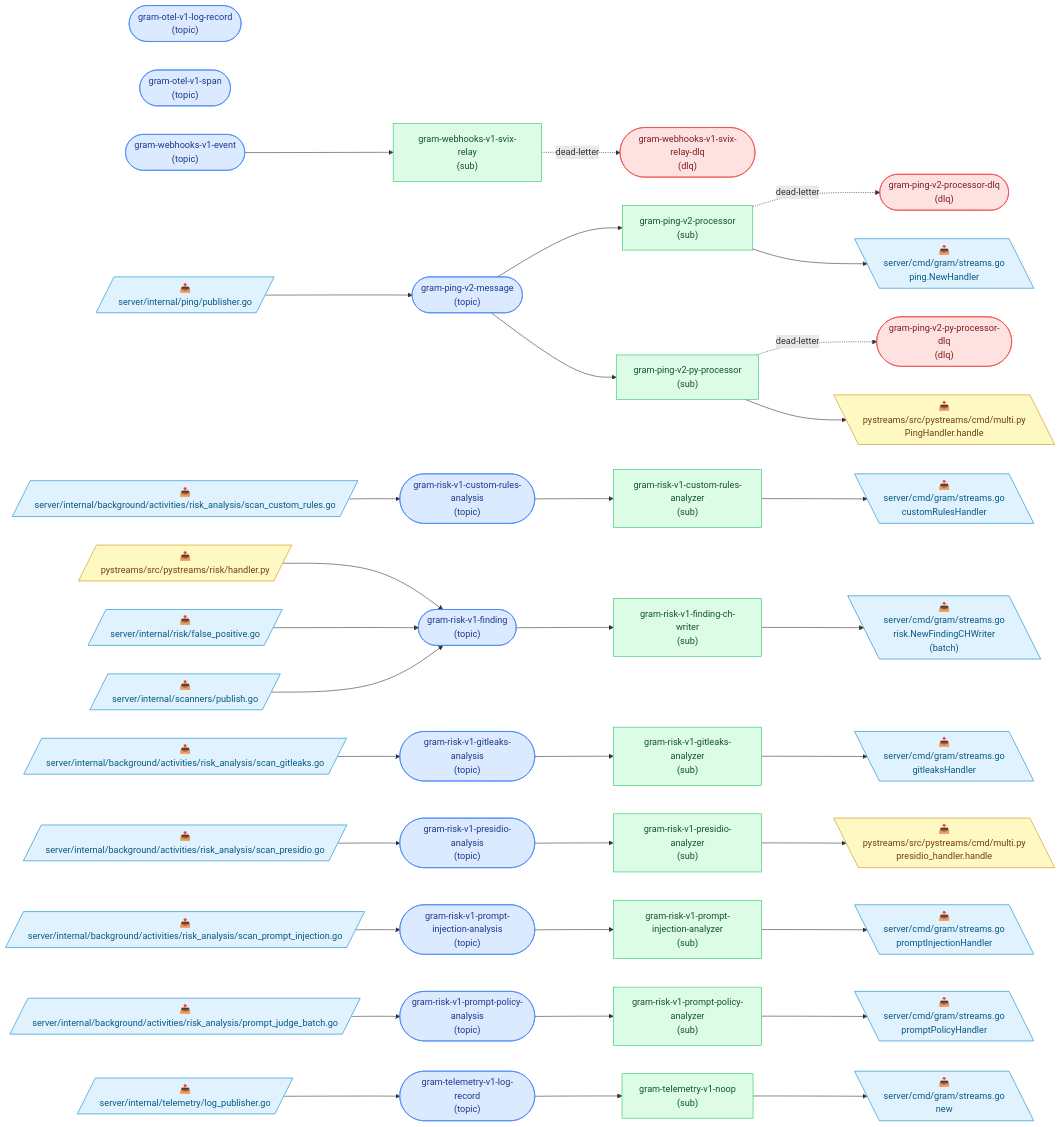
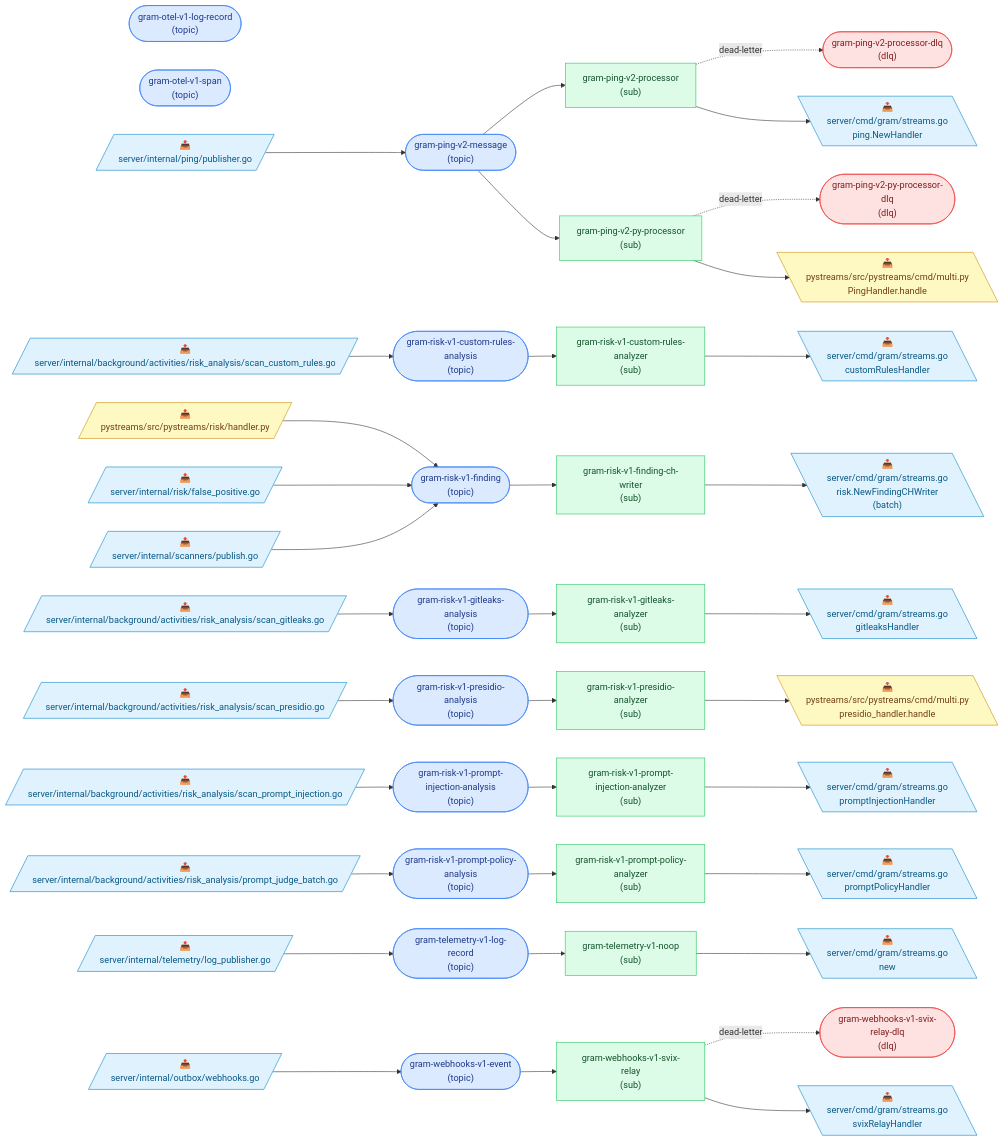
The diagram in docs/pubsub-topology.md (speakeasy-api/gram), drawn with Mermaid before and after one commit. The commit also changed other lines of this file, not shown here.

Commit message:
chore: regenerate pubsub topology after rebase
The topic and subscription shipped ahead of the code that uses them, so the
diagram recorded both as having no publisher and no consumer. Regenerating now
that the producer and the relay handler exist on this branch.

````diff
--- a/docs/pubsub-topology.md
+++ b/docs/pubsub-topology.md
@@ -60,6 +60,8 @@
   p8 --> t_gram_risk_v1_prompt_policy_analysis
   p9[/"📤<br/>server/internal/telemetry/log_publisher.go"/]:::go
   p9 --> t_gram_telemetry_v1_log_record
+  p10[/"📤<br/>server/internal/outbox/webhooks.go"/]:::go
+  p10 --> t_gram_webhooks_v1_event
   t_gram_ping_v2_message --> s_gram_ping_v2_processor
   s_gram_ping_v2_processor -. dead-letter .-> t_gram_ping_v2_processor_dlq
   t_gram_ping_v2_message --> s_gram_ping_v2_py_processor
@@ -73,22 +75,24 @@
   t_gram_telemetry_v1_log_record --> s_gram_telemetry_v1_noop
   t_gram_webhooks_v1_event --> s_gram_webhooks_v1_svix_relay
   s_gram_webhooks_v1_svix_relay -. dead-letter .-> t_gram_webhooks_v1_svix_relay_dlq
-  c10[\"📥<br/>server/cmd/gram/streams.go<br/>ping.NewHandler"\]:::go
-  s_gram_ping_v2_processor --> c10
-  c11[\"📥<br/>pystreams/src/pystreams/cmd/multi.py<br/>PingHandler.handle"\]:::python
-  s_gram_ping_v2_py_processor --> c11
-  c12[\"📥<br/>server/cmd/gram/streams.go<br/>customRulesHandler"\]:::go
-  s_gram_risk_v1_custom_rules_analyzer --> c12
-  c13[\"📥<br/>server/cmd/gram/streams.go<br/>risk.NewFindingCHWriter<br/>(batch)"\]:::go
-  s_gram_risk_v1_finding_ch_writer --> c13
-  c14[\"📥<br/>server/cmd/gram/streams.go<br/>gitleaksHandler"\]:::go
-  s_gram_risk_v1_gitleaks_analyzer --> c14
-  c15[\"📥<br/>pystreams/src/pystreams/cmd/multi.py<br/>presidio_handler.handle"\]:::python
-  s_gram_risk_v1_presidio_analyzer --> c15
-  c16[\"📥<br/>server/cmd/gram/streams.go<br/>promptInjectionHandler"\]:::go
-  s_gram_risk_v1_prompt_injection_analyzer --> c16
-  c17[\"📥<br/>server/cmd/gram/streams.go<br/>promptPolicyHandler"\]:::go
-  s_gram_risk_v1_prompt_policy_analyzer --> c17
-  c18[\"📥<br/>server/cmd/gram/streams.go<br/>new"\]:::go
-  s_gram_telemetry_v1_noop --> c18
+  c11[\"📥<br/>server/cmd/gram/streams.go<br/>ping.NewHandler"\]:::go
+  s_gram_ping_v2_processor --> c11
+  c12[\"📥<br/>pystreams/src/pystreams/cmd/multi.py<br/>PingHandler.handle"\]:::python
+  s_gram_ping_v2_py_processor --> c12
+  c13[\"📥<br/>server/cmd/gram/streams.go<br/>customRulesHandler"\]:::go
+  s_gram_risk_v1_custom_rules_analyzer --> c13
+  c14[\"📥<br/>server/cmd/gram/streams.go<br/>risk.NewFindingCHWriter<br/>(batch)"\]:::go
+  s_gram_risk_v1_finding_ch_writer --> c14
+  c15[\"📥<br/>server/cmd/gram/streams.go<br/>gitleaksHandler"\]:::go
+  s_gram_risk_v1_gitleaks_analyzer --> c15
+  c16[\"📥<br/>pystreams/src/pystreams/cmd/multi.py<br/>presidio_handler.handle"\]:::python
+  s_gram_risk_v1_presidio_analyzer --> c16
+  c17[\"📥<br/>server/cmd/gram/streams.go<br/>promptInjectionHandler"\]:::go
+  s_gram_risk_v1_prompt_injection_analyzer --> c17
+  c18[\"📥<br/>server/cmd/gram/streams.go<br/>promptPolicyHandler"\]:::go
+  s_gram_risk_v1_prompt_policy_analyzer --> c18
+  c19[\"📥<br/>server/cmd/gram/streams.go<br/>new"\]:::go
+  s_gram_telemetry_v1_noop --> c19
+  c20[\"📥<br/>server/cmd/gram/streams.go<br/>svixRelayHandler"\]:::go
+  s_gram_webhooks_v1_svix_relay --> c20
 ```
````
